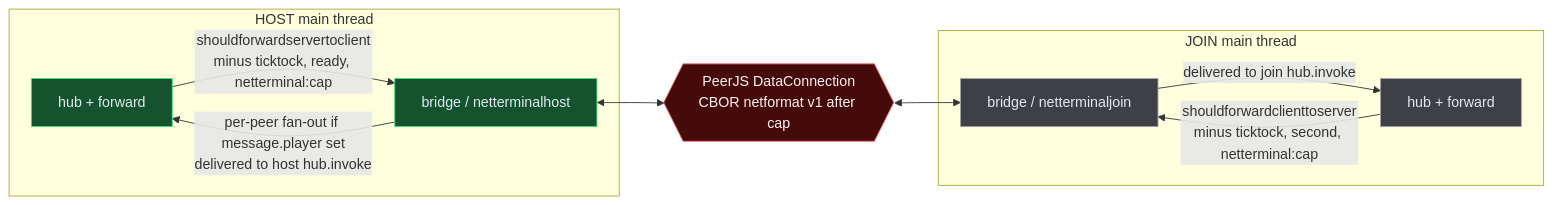
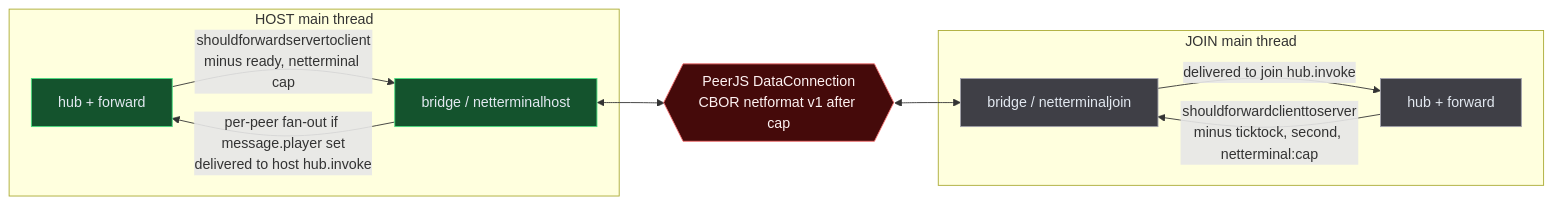
The fourth of 4 diagrams in zss/device/docs/host-vs-join-architecture.md (goldbuick/zed-software-system), drawn with Mermaid before and after one commit. The commit also changed other lines of this file and 3 other files, not shown here.

````diff
--- a/zss/device/docs/host-vs-join-architecture.md
+++ b/zss/device/docs/host-vs-join-architecture.md
@@ -343,27 +343,27 @@
 ```mermaid
 flowchart LR
   classDef host fill:#14532d,stroke:#4ade80,color:#e2e8f0
   classDef join fill:#3f3f46,stroke:#a1a1aa,color:#e2e8f0
   classDef wire fill:#450a0a,stroke:#f87171,color:#fef2f2
 
   subgraph HOST_MAIN["HOST main thread"]
     HHUB[hub + forward]:::host
     HBRIDGE[bridge / netterminalhost]:::host
   end
 
   subgraph JOIN_MAIN["JOIN main thread"]
     JHUB[hub + forward]:::join
     JBRIDGE[bridge / netterminaljoin]:::join
   end
 
   WIRE{{PeerJS DataConnection<br/>CBOR netformat v1 after cap}}:::wire
 
   HBRIDGE <--> WIRE
   WIRE <--> JBRIDGE
 
-  HHUB -->|shouldforwardservertoclient<br/>minus ticktock, ready, netterminal:cap| HBRIDGE
+  HHUB -->|shouldforwardservertoclient<br/>minus ready, netterminal cap| HBRIDGE
   JBRIDGE -->|delivered to join hub.invoke| JHUB
 
   JHUB -->|shouldforwardclienttoserver<br/>minus ticktock, second, netterminal:cap| JBRIDGE
   HBRIDGE -->|per-peer fan-out if message.player set<br/>delivered to host hub.invoke| HHUB
 ```
````
